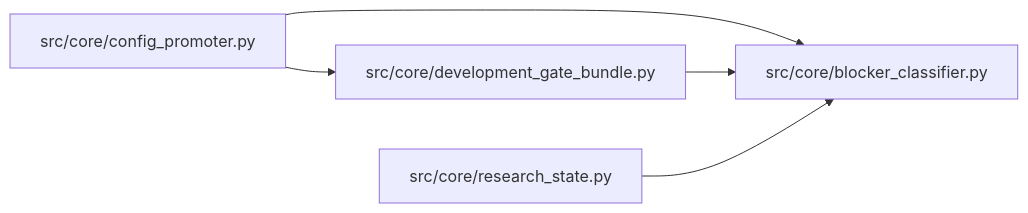
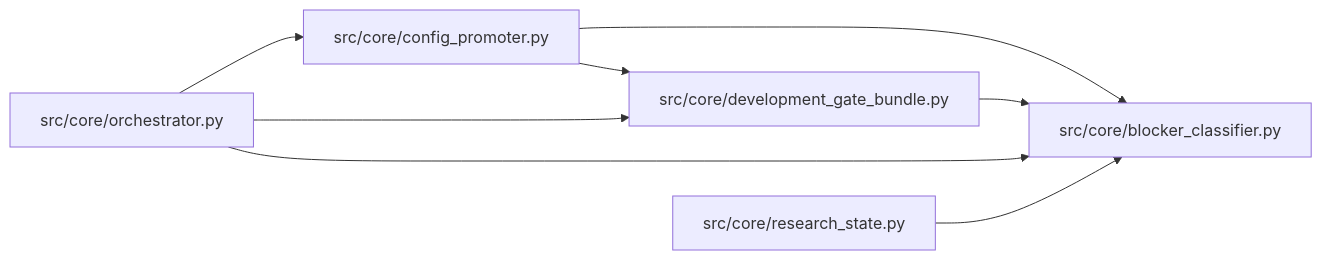
One commit to Denissvgn/autoresearch-agent changed the diagram in docs/llm_wiki/modules/blocker_classifier.md. Above: the diagram before and after it, drawn with Mermaid. The commit also changed other lines of this file and 1033 other files, not shown here.

````diff
--- a/docs/llm_wiki/modules/blocker_classifier.md
+++ b/docs/llm_wiki/modules/blocker_classifier.md
@@ -19,15 +19,20 @@
 ```mermaid
 flowchart LR
     n0["src/core/blocker_classifier.py"]
     n1["src/core/config_promoter.py"]
     n2["src/core/development_gate_bundle.py"]
-    n3["src/core/research_state.py"]
+    n3["src/core/orchestrator.py"]
+    n4["src/core/research_state.py"]
     n1 --> n0
     n1 --> n2
     n2 --> n0
     n3 --> n0
+    n3 --> n1
+    n3 --> n2
+    n4 --> n0
     click n0 "../modules/blocker_classifier.md"
     click n1 "../modules/config_promoter.md"
     click n2 "../modules/development_gate_bundle.md"
-    click n3 "../modules/research_state.md"
+    click n3 "../modules/orchestrator.md"
+    click n4 "../modules/research_state.md"
 ```
````
